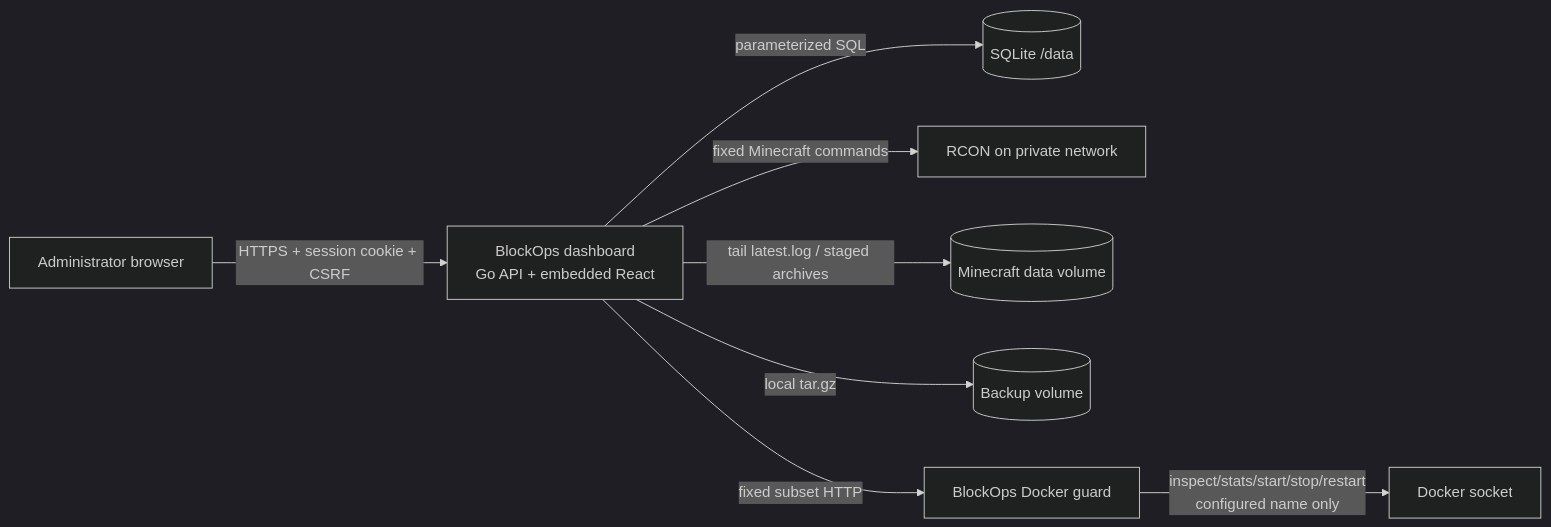
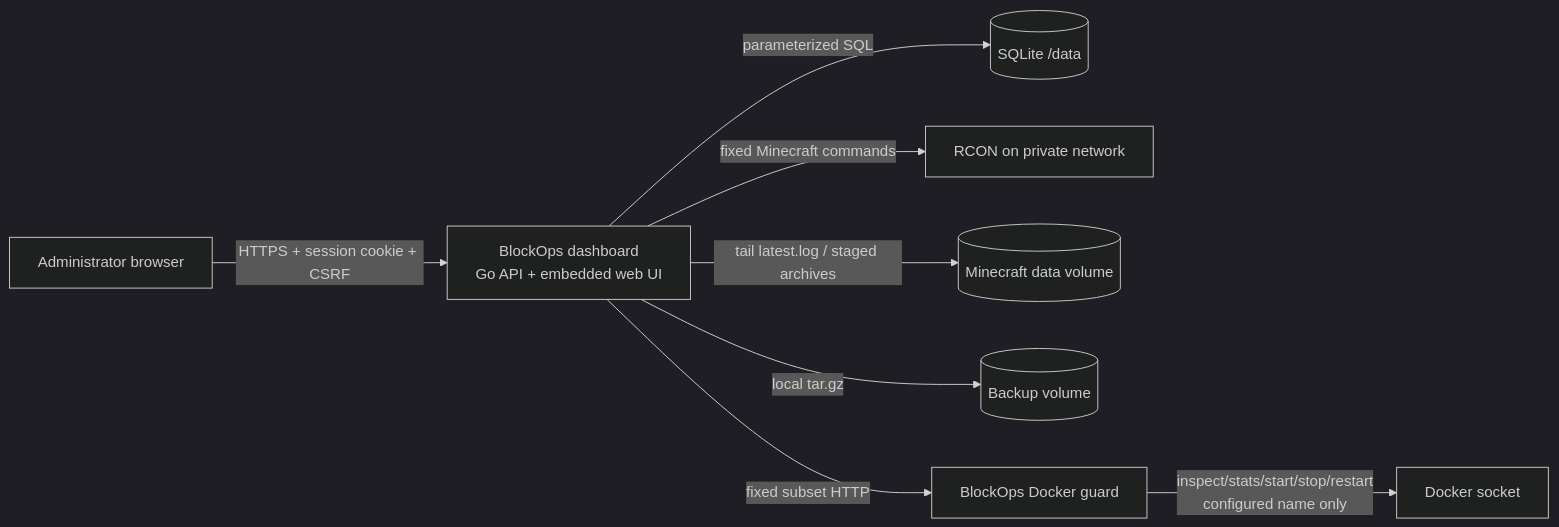
The diagram in docs/ARCHITECTURE.md (Pettersen3008/blockops), drawn with Mermaid (dark theme) before and after one commit. The commit also changed other lines of this file and 8 other files, not shown here.

````diff
--- a/docs/ARCHITECTURE.md
+++ b/docs/ARCHITECTURE.md
@@ -5,10 +5,10 @@
 ```mermaid
 flowchart LR
-  B["Administrator browser"] -->|"HTTPS + session cookie + CSRF"| A["BlockOps dashboard\nGo API + embedded React"]
+  B["Administrator browser"] -->|"HTTPS + session cookie + CSRF"| A["BlockOps dashboard\nGo API + embedded web UI"]
   A -->|"parameterized SQL"| S[("SQLite /data")]
   A -->|"fixed Minecraft commands"| R["RCON on private network"]
   A -->|"tail latest.log / staged archives"| M[("Minecraft data volume")]
   A -->|"local tar.gz"| K[("Backup volume")]
   A -->|"fixed subset HTTP"| G["BlockOps Docker guard"]
   G -->|"inspect/stats/start/stop/restart\nconfigured name only"| D["Docker socket"]
 ```
````
